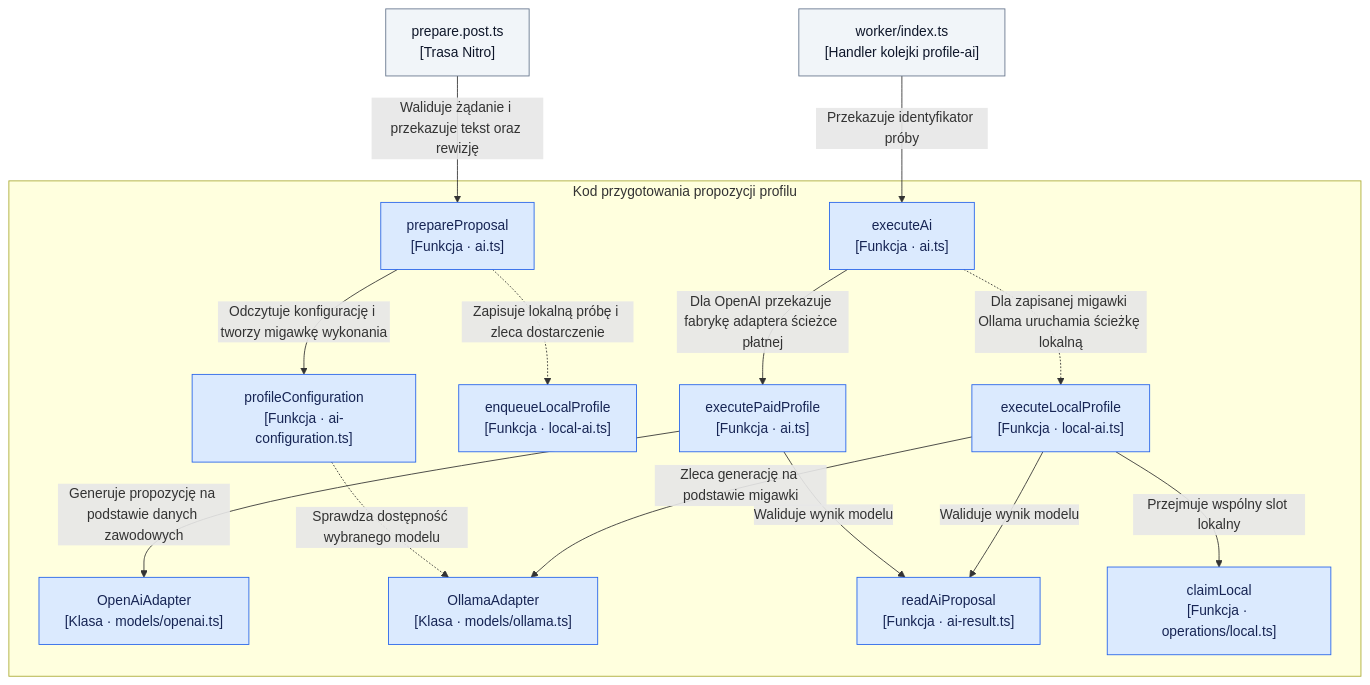
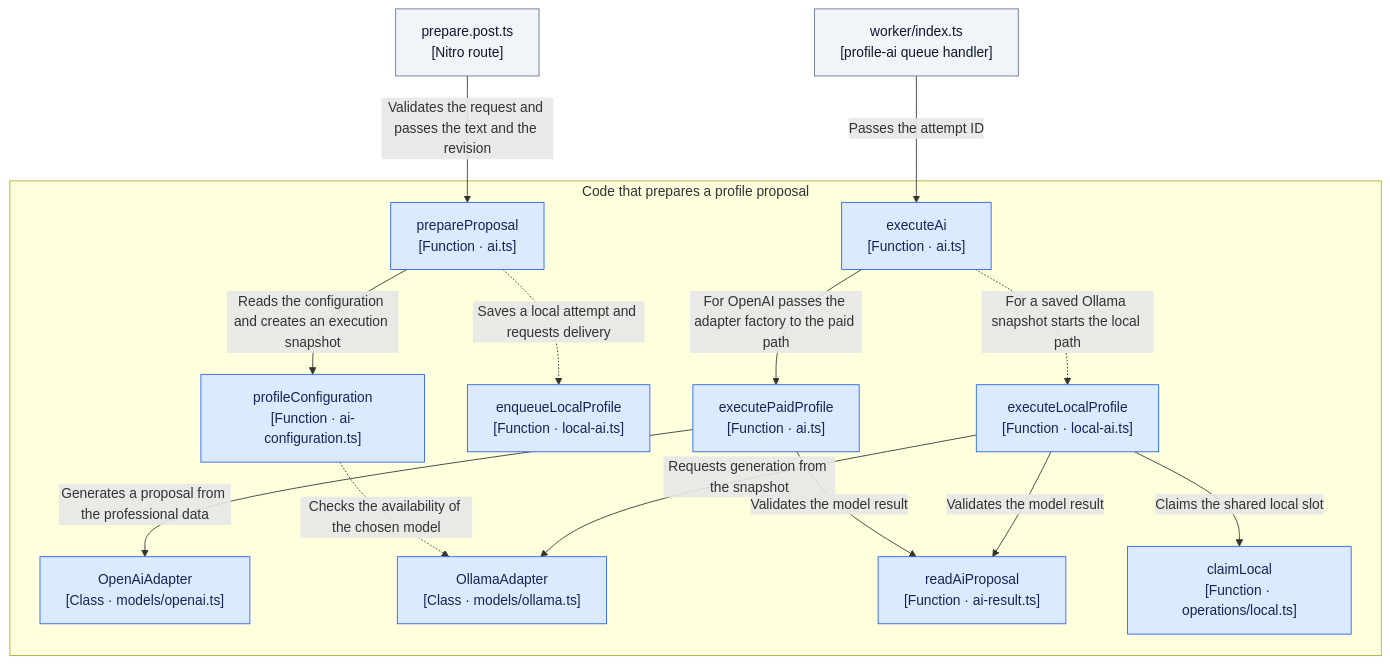
Before and after one commit to pioziol123/ofertorix-rekrutus: the fifth of 5 diagrams in docs/architecture/README.md, drawn with Mermaid. The commit also changed other lines of this file and 126 other files, not shown here.

````diff
--- a/docs/architecture/README.md
+++ b/docs/architecture/README.md
@@ -183,36 +183,36 @@
 ```mermaid
 flowchart TB
-  Prepare["prepare.post.ts<br/>[Trasa Nitro]"]
-  Worker["worker/index.ts<br/>[Handler kolejki profile-ai]"]
+  Prepare["prepare.post.ts<br/>[Nitro route]"]
+  Worker["worker/index.ts<br/>[profile-ai queue handler]"]
 
-  subgraph Proposal["Kod przygotowania propozycji profilu"]
-    Enqueue["prepareProposal<br/>[Funkcja · ai.ts]"]
-    Config["profileConfiguration<br/>[Funkcja · ai-configuration.ts]"]
-    LocalQueue["enqueueLocalProfile<br/>[Funkcja · local-ai.ts]"]
-    Dispatch["executeAi<br/>[Funkcja · ai.ts]"]
-    Paid["executePaidProfile<br/>[Funkcja · ai.ts]"]
-    Local["executeLocalProfile<br/>[Funkcja · local-ai.ts]"]
-    OpenAI["OpenAiAdapter<br/>[Klasa · models/openai.ts]"]
-    Ollama["OllamaAdapter<br/>[Klasa · models/ollama.ts]"]
-    Result["readAiProposal<br/>[Funkcja · ai-result.ts]"]
-    Slot["claimLocal<br/>[Funkcja · operations/local.ts]"]
+  subgraph Proposal["Code that prepares a profile proposal"]
+    Enqueue["prepareProposal<br/>[Function · ai.ts]"]
+    Config["profileConfiguration<br/>[Function · ai-configuration.ts]"]
+    LocalQueue["enqueueLocalProfile<br/>[Function · local-ai.ts]"]
+    Dispatch["executeAi<br/>[Function · ai.ts]"]
+    Paid["executePaidProfile<br/>[Function · ai.ts]"]
+    Local["executeLocalProfile<br/>[Function · local-ai.ts]"]
+    OpenAI["OpenAiAdapter<br/>[Class · models/openai.ts]"]
+    Ollama["OllamaAdapter<br/>[Class · models/ollama.ts]"]
+    Result["readAiProposal<br/>[Function · ai-result.ts]"]
+    Slot["claimLocal<br/>[Function · operations/local.ts]"]
   end
 
-  Prepare -->|"Waliduje żądanie i przekazuje tekst oraz rewizję"| Enqueue
-  Enqueue -->|"Odczytuje konfigurację i tworzy migawkę wykonania"| Config
-  Config -.->|"Sprawdza dostępność wybranego modelu"| Ollama
-  Enqueue -.->|"Zapisuje lokalną próbę i zleca dostarczenie"| LocalQueue
-  Worker -->|"Przekazuje identyfikator próby"| Dispatch
-  Dispatch -->|"Dla OpenAI przekazuje fabrykę adaptera ścieżce płatnej"| Paid
-  Dispatch -.->|"Dla zapisanej migawki Ollama uruchamia ścieżkę lokalną"| Local
-  Paid -->|"Generuje propozycję na podstawie danych zawodowych"| OpenAI
-  Paid -->|"Waliduje wynik modelu"| Result
-  Local -->|"Przejmuje wspólny slot lokalny"| Slot
-  Local -->|"Zleca generację na podstawie migawki"| Ollama
-  Local -->|"Waliduje wynik modelu"| Result
+  Prepare -->|"Validates the request and passes the text and the revision"| Enqueue
+  Enqueue -->|"Reads the configuration and creates an execution snapshot"| Config
+  Config -.->|"Checks the availability of the chosen model"| Ollama
+  Enqueue -.->|"Saves a local attempt and requests delivery"| LocalQueue
+  Worker -->|"Passes the attempt ID"| Dispatch
+  Dispatch -->|"For OpenAI passes the adapter factory to the paid path"| Paid
+  Dispatch -.->|"For a saved Ollama snapshot starts the local path"| Local
+  Paid -->|"Generates a proposal from the professional data"| OpenAI
+  Paid -->|"Validates the model result"| Result
+  Local -->|"Claims the shared local slot"| Slot
+  Local -->|"Requests generation from the snapshot"| Ollama
+  Local -->|"Validates the model result"| Result
 
   classDef internal fill:#dbeafe,stroke:#2563eb,color:#172554
   classDef external fill:#f1f5f9,stroke:#64748b,color:#0f172a
   class Enqueue,Config,LocalQueue,Dispatch,Paid,Local,OpenAI,Ollama,Result,Slot internal
   class Prepare,Worker external
 ```
````
